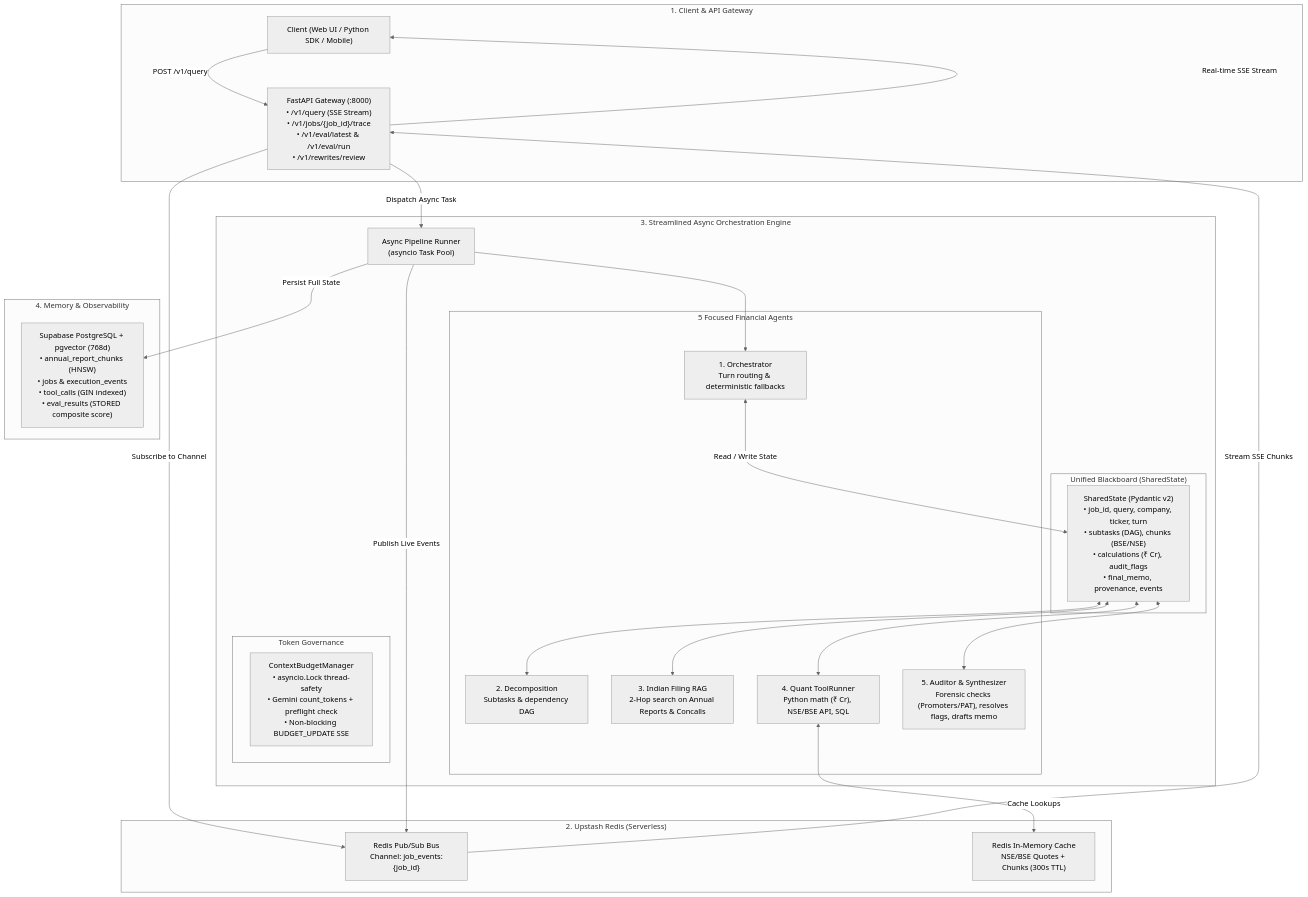
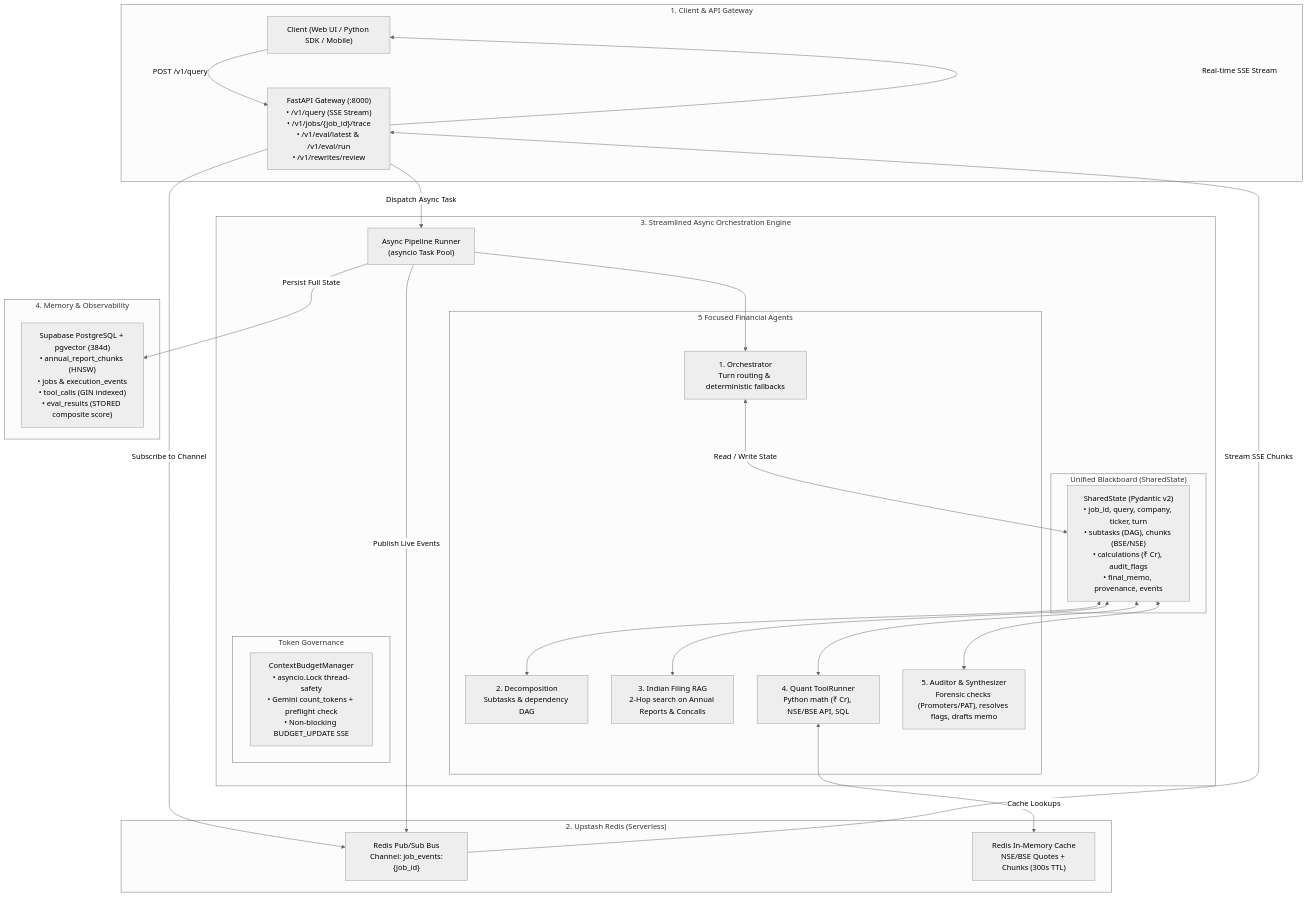
The diagram in guide/01_architecture_and_orchestration.md (RK-YADDAV/FinOrchestra), drawn with Mermaid (neutral theme) before and after one commit. The commit also changed 7 other files, not shown here.

````diff
--- a/guide/01_architecture_and_orchestration.md
+++ b/guide/01_architecture_and_orchestration.md
@@ -11,48 +11,48 @@
 ```mermaid
 graph TB
     subgraph ClientLayer ["1. Client & API Gateway"]
         Client["Client (Web UI / Python SDK / Mobile)"]
         API["FastAPI Gateway (:8000)\n• /v1/query (SSE Stream)\n• /v1/jobs/{job_id}/trace\n• /v1/eval/latest & /v1/eval/run\n• /v1/rewrites/review"]
     end
 
     subgraph StreamingBridge ["2. Upstash Redis (Serverless)"]
         RedisPubSub["Redis Pub/Sub Bus\nChannel: job_events:{job_id}"]
         RedisCache["Redis In-Memory Cache\nNSE/BSE Quotes + Chunks (300s TTL)"]
     end
 
     subgraph CoreEngine ["3. Streamlined Async Orchestration Engine"]
         Runner["Async Pipeline Runner\n(asyncio Task Pool)"]
         
         subgraph Blackboard ["Unified Blackboard (SharedState)"]
             State["SharedState (Pydantic v2)\n• job_id, query, company, ticker, turn\n• subtasks (DAG), chunks (BSE/NSE)\n• calculations (₹ Cr), audit_flags\n• final_memo, provenance, events"]
         end
 
         subgraph Fleet ["5 Focused Financial Agents"]
             O["1. Orchestrator\nTurn routing & deterministic fallbacks"]
             D["2. Decomposition\nSubtasks & dependency DAG"]
             R["3. Indian Filing RAG\n2-Hop search on Annual Reports & Concalls"]
             Q["4. Quant ToolRunner\nPython math (₹ Cr), NSE/BSE API, SQL"]
             S["5. Auditor & Synthesizer\nForensic checks (Promoters/PAT), resolves flags, drafts memo"]
         end
 
         subgraph BudgetSystem ["Token Governance"]
             BM["ContextBudgetManager\n• asyncio.Lock thread-safety\n• Gemini count_tokens + preflight check\n• Non-blocking BUDGET_UPDATE SSE"]
         end
     end
 
     subgraph StorageLayer ["4. Memory & Observability"]
-        PG["Supabase PostgreSQL + pgvector (768d)\n• annual_report_chunks (HNSW)\n• jobs & execution_events\n• tool_calls (GIN indexed)\n• eval_results (STORED composite score)"]
+        PG["Supabase PostgreSQL + pgvector (384d)\n• annual_report_chunks (HNSW)\n• jobs & execution_events\n• tool_calls (GIN indexed)\n• eval_results (STORED composite score)"]
     end
 
     Client -->|POST /v1/query| API
     API -->|Subscribe to Channel| RedisPubSub
     API -->|Dispatch Async Task| Runner
     Runner --> O
     O <-->|Read / Write State| State
     State <--> D & R & Q & S
     Q <-->|Cache Lookups| RedisCache
     Runner -->|Publish Live Events| RedisPubSub
     RedisPubSub -->|Stream SSE Chunks| API
     API -->|Real-time SSE Stream| Client
     Runner -->|Persist Full State| PG
 ```
````
